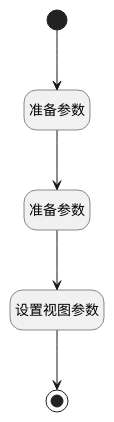
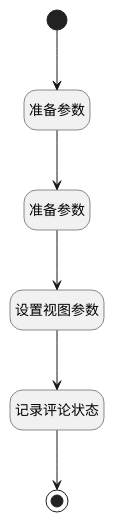
One commit to iBizLab/plm changed the diagram in doc/docsify/module/Wiki/article_page/uilogic/show_commnet.md. Above: the diagram before and after it, drawn with PlantUML. The commit also changed other lines of this file and 1656 other files, not shown here.

````diff
--- a/doc/docsify/module/Wiki/article_page/uilogic/show_commnet.md
+++ b/doc/docsify/module/Wiki/article_page/uilogic/show_commnet.md
@@ -7,25 +7,27 @@
 ```plantuml
 @startuml
 hide footbox
 <style>
 root {
   HyperlinkColor #42b983
 }
 </style>
 
 hide empty description
 state "开始" as Begin <<start>> [[$./show_commnet#begin {开始}]]
+state "记录评论状态" as RAWJSCODE1  [[$./show_commnet#rawjscode1 {记录评论状态}]]
 state "准备参数" as PREPAREJSPARAM1  [[$./show_commnet#preparejsparam1 {准备参数}]]
 state "结束" as END1 <<end>> [[$./show_commnet#end1 {结束}]]
 state "设置视图参数" as PREPAREJSPARAM3  [[$./show_commnet#preparejsparam3 {设置视图参数}]]
 state "准备参数" as PREPAREJSPARAM2  [[$./show_commnet#preparejsparam2 {准备参数}]]
 
 
 Begin --> PREPAREJSPARAM1
 PREPAREJSPARAM1 --> PREPAREJSPARAM2
 PREPAREJSPARAM2 --> PREPAREJSPARAM3
-PREPAREJSPARAM3 --> END1
+PREPAREJSPARAM3 --> RAWJSCODE1
+RAWJSCODE1 --> END1
 
 
 @enduml
 ```
````
